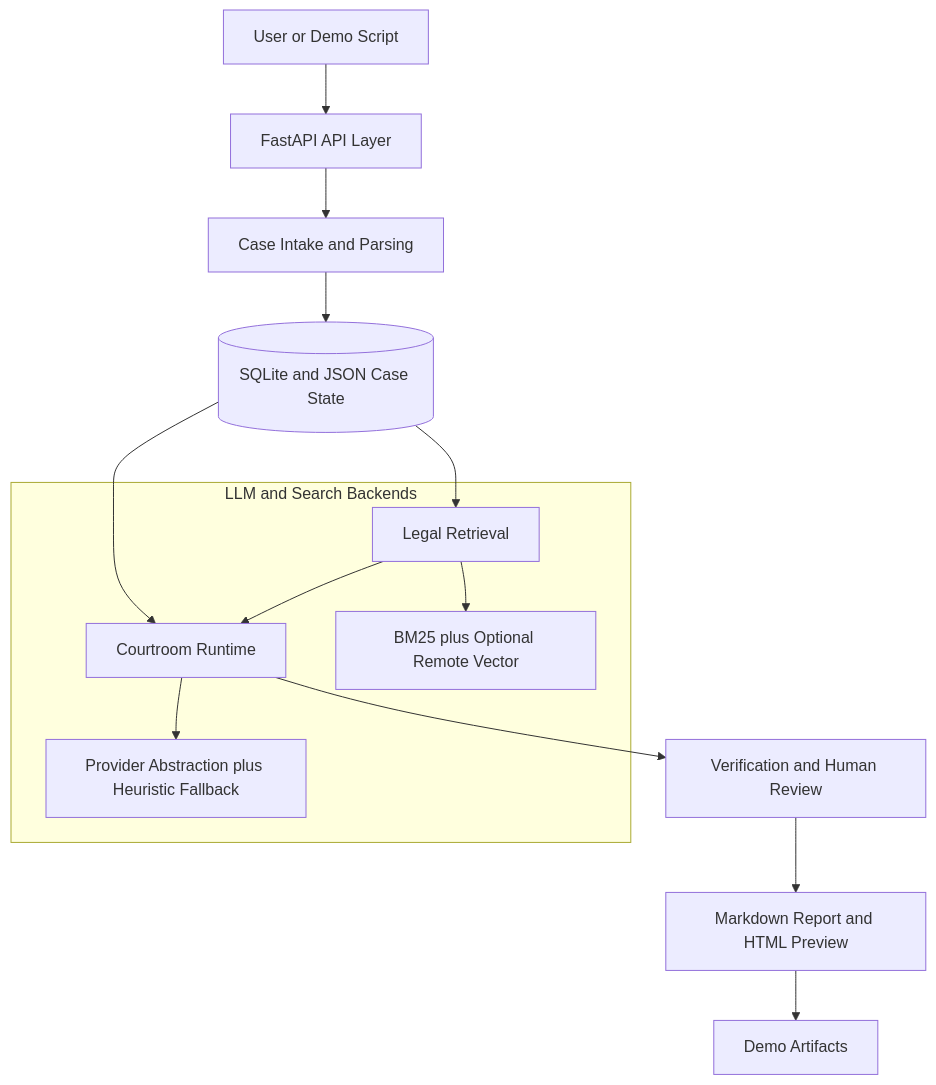
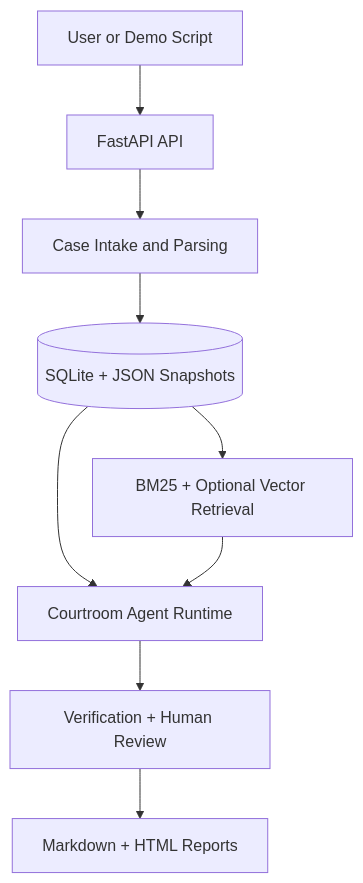
One commit to tanh1c/AI-Courtroom-Harness changed the diagram in README.md. Above: the diagram before and after it, drawn with Mermaid. The commit also changed other lines of this file, not shown here.

````diff
--- a/README.md
+++ b/README.md
@@ -37,18 +16,11 @@
 ```mermaid
 flowchart TD
-    U[User or Demo Script] --> API[FastAPI API Layer]
-    API --> INTAKE[Case Intake and Parsing]
-    INTAKE --> STATE[(SQLite and JSON Case State)]
-    STATE --> RETRIEVAL[Legal Retrieval]
-    STATE --> RUNTIME[Courtroom Runtime]
-    RETRIEVAL --> RUNTIME
-    RUNTIME --> VERIFY[Verification and Human Review]
-    VERIFY --> REPORT[Markdown Report and HTML Preview]
-
-    subgraph Providers[LLM and Search Backends]
-        RETRIEVAL --> SEARCHBACK[BM25 plus Optional Remote Vector]
-        RUNTIME --> LLMBACK[Provider Abstraction plus Heuristic Fallback]
-    end
-
-    REPORT --> OUTPUT[Demo Artifacts]
+    User[User or Demo Script] --> API[FastAPI API]
+    API --> Intake[Case Intake and Parsing]
+    Intake --> Store[(SQLite + JSON Snapshots)]
+    Store --> Retrieval[BM25 + Optional Vector Retrieval]
+    Store --> Runtime[Courtroom Agent Runtime]
+    Retrieval --> Runtime
+    Runtime --> Verify[Verification + Human Review]
+    Verify --> Report[Markdown + HTML Reports]
 ```
````
